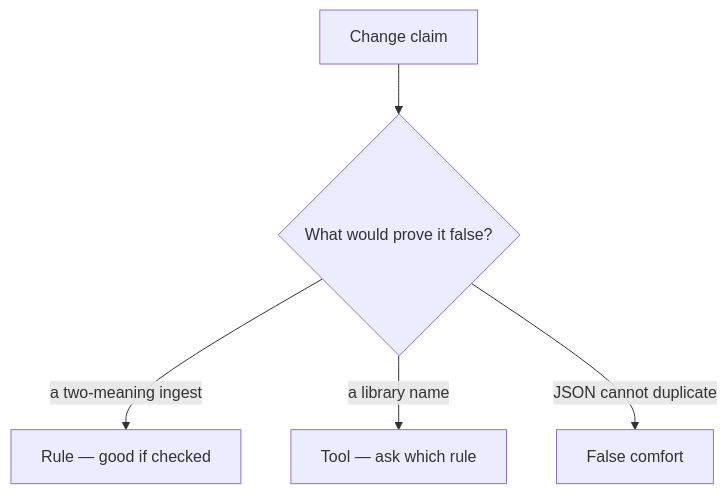
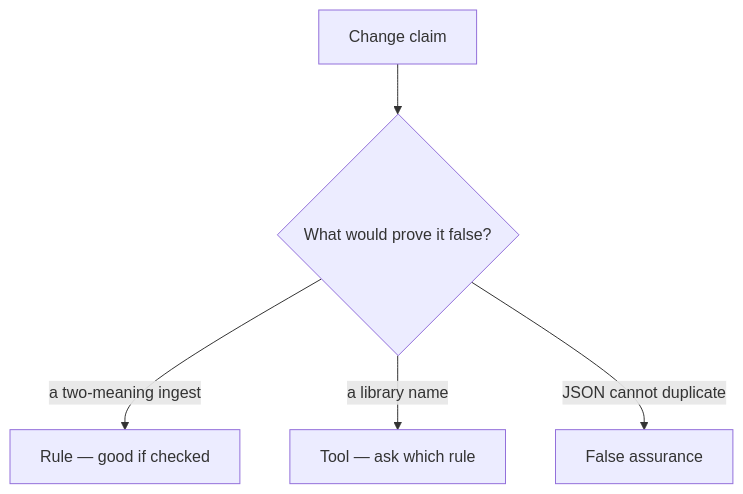
Before and after one commit to ishitvagoel/LearnSecurity: the diagram in content/modules/2/2.1/lessons/08-review.md, drawn with Mermaid. The commit also changed other lines of this file and 240 other files, not shown here.

````diff
--- a/content/modules/2/2.1/lessons/08-review.md
+++ b/content/modules/2/2.1/lessons/08-review.md
@@ -18,7 +18,7 @@
 ```mermaid
 flowchart TD
   Claim[Change claim] --> Q{What would prove it false?}
   Q -->|a two-meaning ingest| Property[Rule — good if checked]
   Q -->|a library name| Mechanism[Tool — ask which rule]
-  Q -->|JSON cannot duplicate| False[False comfort]
+  Q -->|JSON cannot duplicate| False[False assurance]
 ```
````
